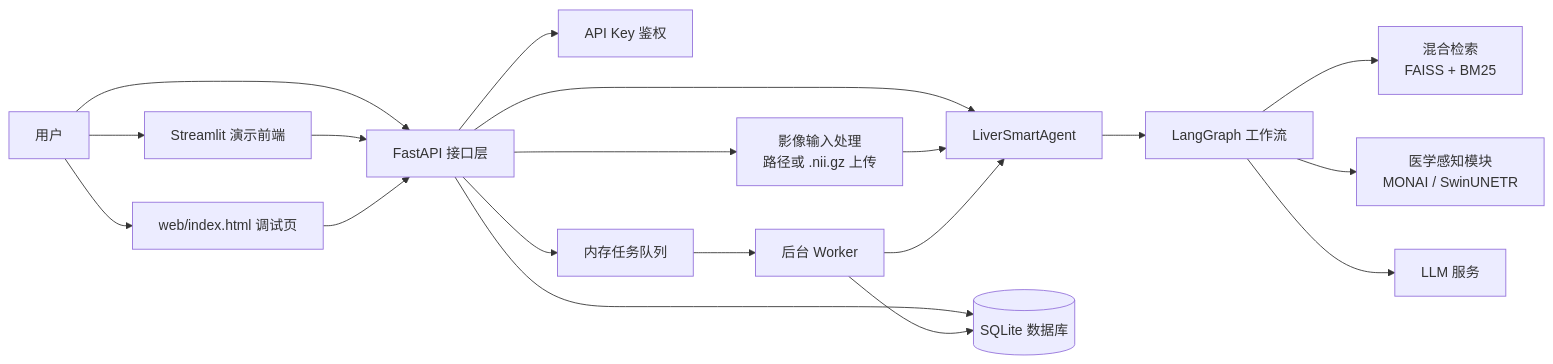
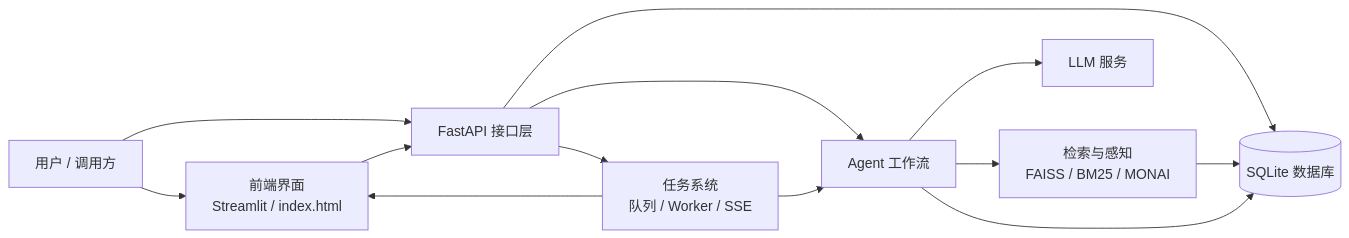
The first of 8 diagrams in docs/backend-architecture.md (jiliguluhua/liver_rag), drawn with Mermaid before and after one commit. The commit also changed other lines of this file, not shown here.

````diff
--- a/docs/backend-architecture.md
+++ b/docs/backend-architecture.md
@@ -7,36 +3,24 @@
 ```mermaid
 flowchart LR
-    User[用户]
-    Streamlit[Streamlit 演示前端]
-    StaticUI[web/index.html 调试页]
+    User[用户 / 调用方]
+    Frontend[前端界面<br/>Streamlit / index.html]
     API[FastAPI 接口层]
-    Auth[API Key 鉴权]
-    Input[影像输入处理<br/>路径或 .nii.gz 上传]
-    JobQueue[内存任务队列]
-    Worker[后台 Worker]
-    Agent[LiverSmartAgent]
-    Graph[LangGraph 工作流]
-    Retrieval[混合检索<br/>FAISS + BM25]
-    Perception[医学感知模块<br/>MONAI / SwinUNETR]
+    TaskSystem[任务系统<br/>队列 / Worker / SSE]
+    Agent[Agent 工作流]
+    Reasoning[检索与感知<br/>FAISS / BM25 / MONAI]
     LLM[LLM 服务]
     DB[(SQLite 数据库)]
 
-    User --> Streamlit
-    User --> StaticUI
+    User --> Frontend
     User --> API
-    Streamlit --> API
-    StaticUI --> API
-    API --> Auth
-    API --> Input
+    Frontend --> API
     API --> DB
+    API --> TaskSystem
     API --> Agent
-    API --> JobQueue
-    Input --> Agent
-    JobQueue --> Worker
-    Worker --> Agent
-    Agent --> Graph
-    Graph --> Retrieval
-    Graph --> Perception
-    Graph --> LLM
-    Worker --> DB
+    TaskSystem --> Agent
+    TaskSystem --> Frontend
+    Agent --> Reasoning
+    Agent --> LLM
+    Reasoning --> DB
+    Agent --> DB
 ```
````
